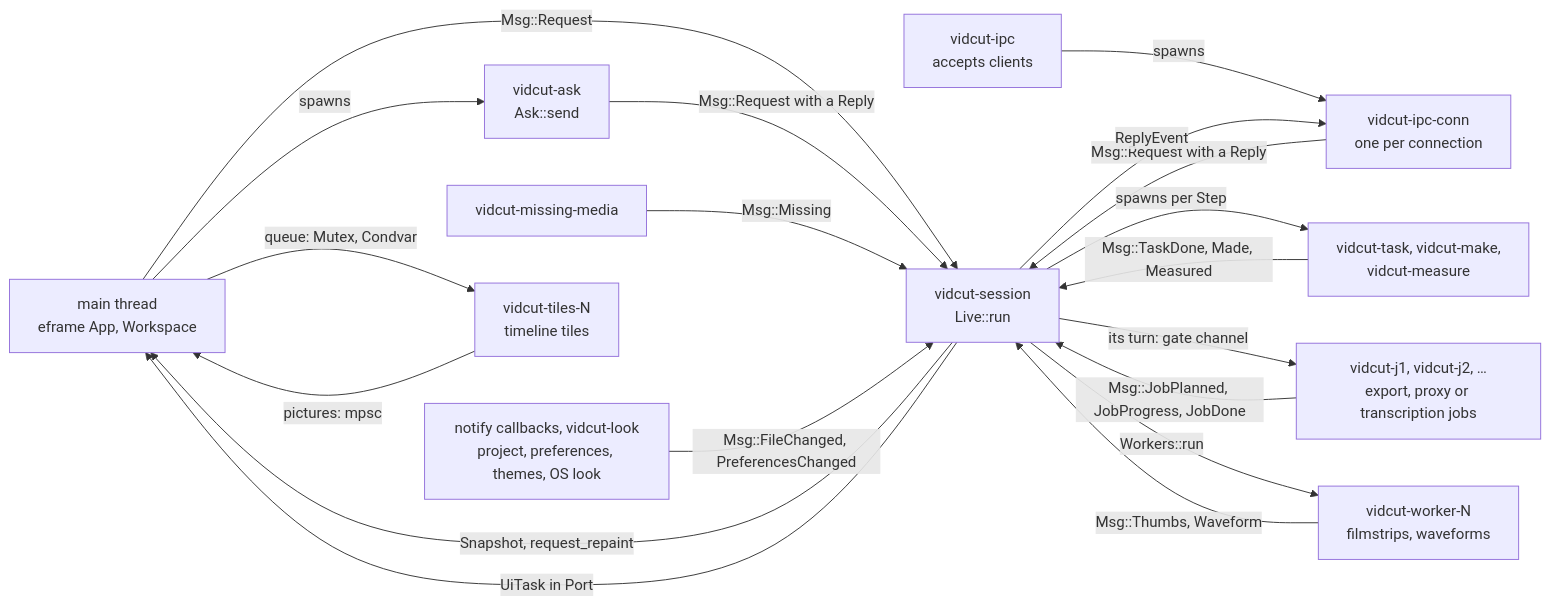
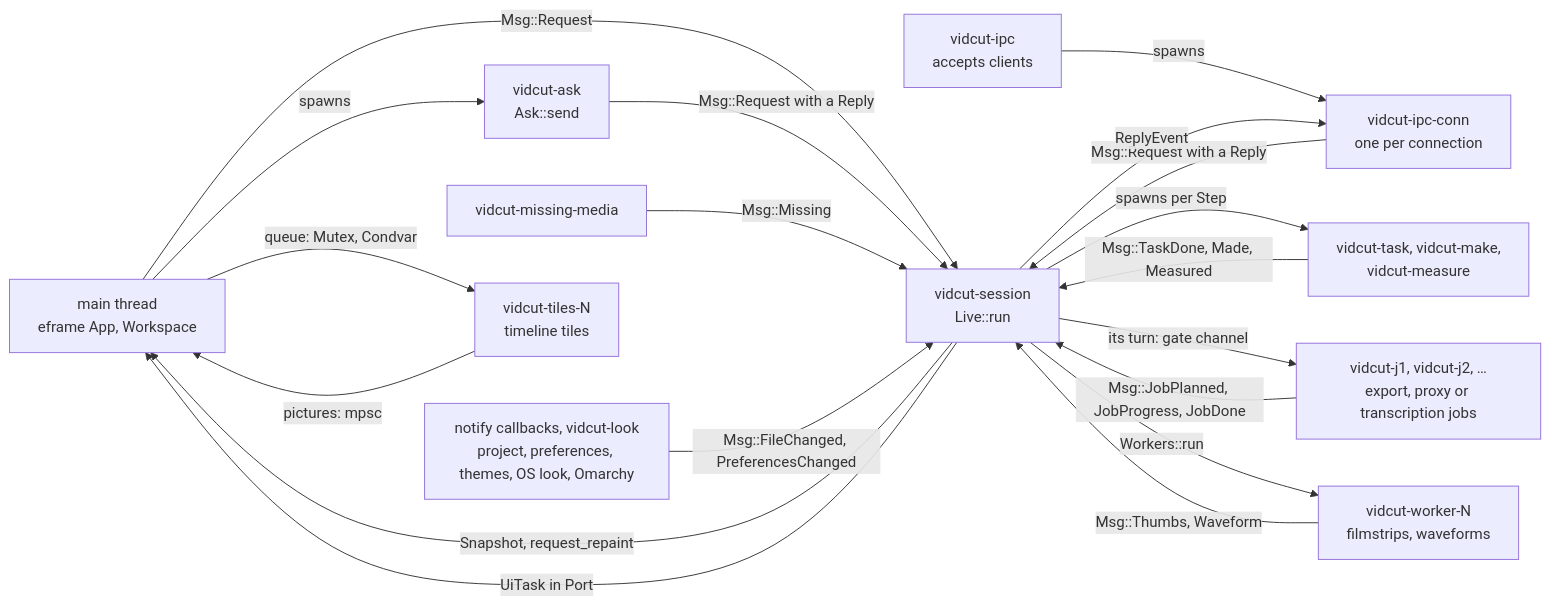
The first of 3 diagrams in docs/design/live.md (oittaa/vidcut), drawn with Mermaid before and after one commit. The commit also changed other lines of this file and 11 other files, not shown here.

````diff
--- a/docs/design/live.md
+++ b/docs/design/live.md
@@ -7,33 +7,33 @@
 ```mermaid
 flowchart LR
   UI["main thread<br>eframe App, Workspace"]
   S["vidcut-session<br>Live::run"]
   ASK["vidcut-ask<br>Ask::send"]
   IPC["vidcut-ipc<br>accepts clients"]
   CONN["vidcut-ipc-conn<br>one per connection"]
   STEP["vidcut-task, vidcut-make,<br>vidcut-measure"]
   JOB["vidcut-j1, vidcut-j2, …<br>export, proxy or transcription jobs"]
   WORK["vidcut-worker-N<br>filmstrips, waveforms"]
   MISS["vidcut-missing-media"]
-  WATCH["notify callbacks, vidcut-look<br>project, preferences, themes, OS look"]
+  WATCH["notify callbacks, vidcut-look<br>project, preferences, themes, OS look, Omarchy"]
   TILES["vidcut-tiles-N<br>timeline tiles"]
 
   UI -->|"Msg::Request"| S
   S -->|"Snapshot, request_repaint"| UI
   S -->|"UiTask in Port"| UI
   UI -->|"spawns"| ASK
   ASK -->|"Msg::Request with a Reply"| S
   IPC -->|"spawns"| CONN
   CONN -->|"Msg::Request with a Reply"| S
   S -->|"ReplyEvent"| CONN
   S -->|"spawns per Step"| STEP
   STEP -->|"Msg::TaskDone, Made, Measured"| S
   S -->|"its turn: gate channel"| JOB
   JOB -->|"Msg::JobPlanned, JobProgress, JobDone"| S
   S -->|"Workers::run"| WORK
   WORK -->|"Msg::Thumbs, Waveform"| S
   MISS -->|"Msg::Missing"| S
   WATCH -->|"Msg::FileChanged, PreferencesChanged"| S
   UI -->|"queue: Mutex, Condvar"| TILES
   TILES -->|"pictures: mpsc"| UI
 ```
````
